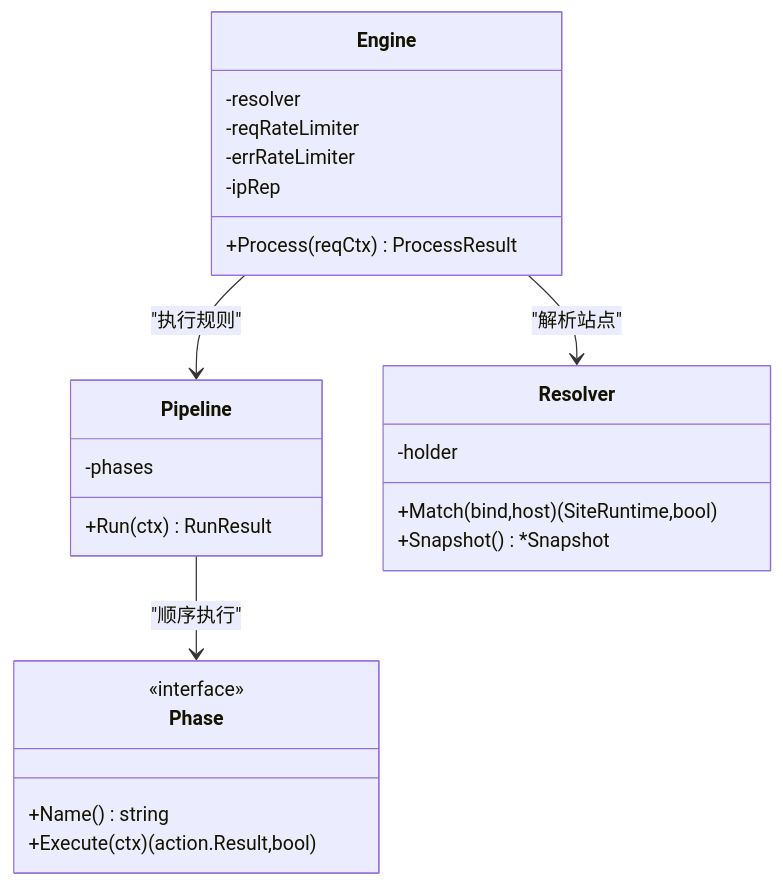
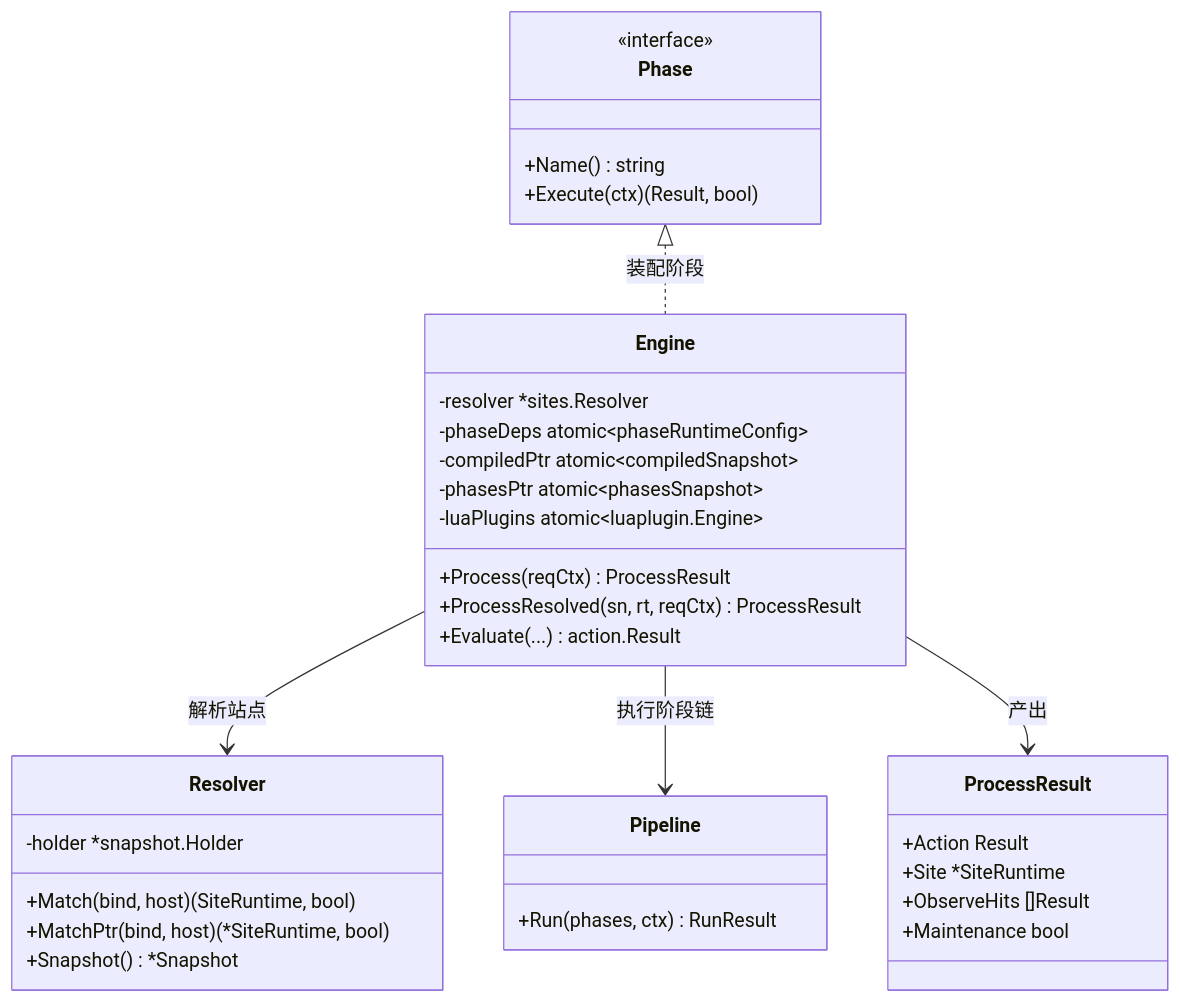
The fourth of 8 diagrams in docs/WAF 引擎系统/引擎核心架构/请求处理流程.md (x01n/My-OpenWaf), drawn with Mermaid before and after one commit. The commit also changed other lines of this file and 622 other files, not shown here.

````diff
--- a/docs/WAF 引擎系统/引擎核心架构/请求处理流程.md
+++ b/docs/WAF 引擎系统/引擎核心架构/请求处理流程.md
@@ -149,27 +227,37 @@
 ```mermaid
 classDiagram
 class Engine {
--resolver
--reqRateLimiter
--errRateLimiter
--ipRep
+-resolver *sites.Resolver
+-phaseDeps atomic~phaseRuntimeConfig~
+-compiledPtr atomic~compiledSnapshot~
+-phasesPtr atomic~phasesSnapshot~
+-luaPlugins atomic~luaplugin.Engine~
 +Process(reqCtx) ProcessResult
++ProcessResolved(sn, rt, reqCtx) ProcessResult
++Evaluate(...) action.Result
 }
 class Pipeline {
--phases
-+Run(ctx) RunResult
++Run(phases, ctx) RunResult
 }
 class Phase {
 <<interface>>
 +Name() string
-+Execute(ctx) (action.Result,bool)
++Execute(ctx) (Result, bool)
 }
 class Resolver {
--holder
-+Match(bind,host) (SiteRuntime,bool)
+-holder *snapshot.Holder
++Match(bind, host) (SiteRuntime, bool)
++MatchPtr(bind, host) (*SiteRuntime, bool)
 +Snapshot() *Snapshot
 }
-Engine --> Resolver : "解析站点"
-Engine --> Pipeline : "执行规则"
-Pipeline --> Phase : "顺序执行"
+class ProcessResult {
++Action Result
++Site *SiteRuntime
++ObserveHits []Result
++Maintenance bool
+}
+Engine --> Resolver : 解析站点
+Engine --> Pipeline : 执行阶段链
+Engine --> ProcessResult : 产出
+Phase <|.. Engine : 装配阶段
 ```
````
